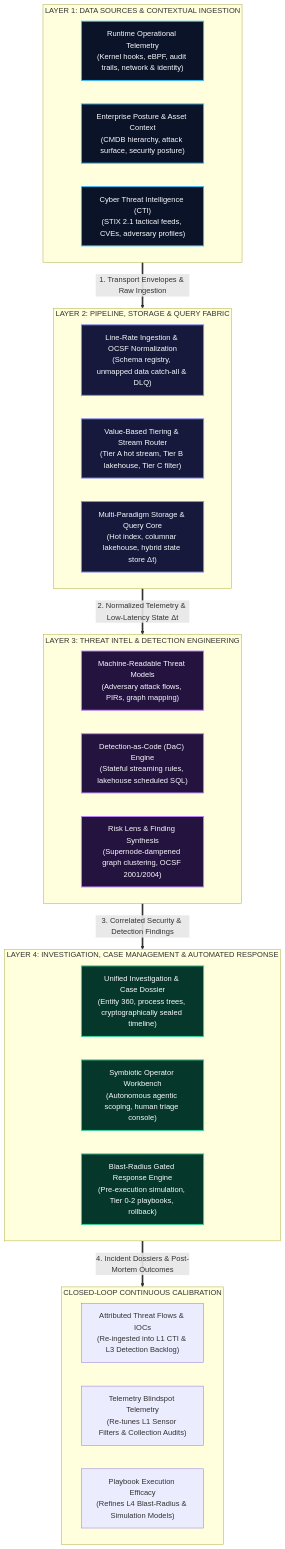
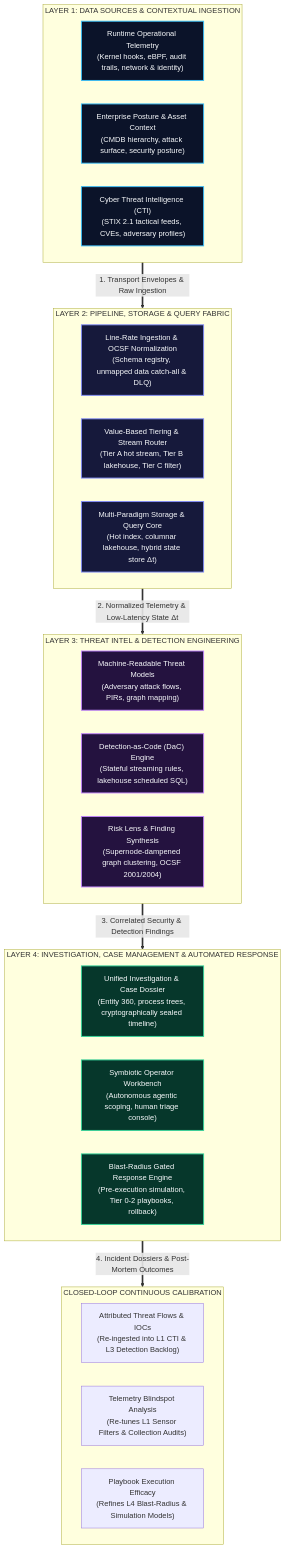
Before and after one commit to Haribu/TIDIR: the diagram in docs/diagrams/tidir-target-architecture.mmd, drawn with Mermaid. The commit also changed 15 other files, not shown here.

```diff
--- a/docs/diagrams/tidir-target-architecture.mmd
+++ b/docs/diagrams/tidir-target-architecture.mmd
@@ -1,47 +1,47 @@
 flowchart TB
   %% Class Definitions for Visual Hierarchy & Styling
   classDef layer1 fill:#0b1329,stroke:#38bdf8,stroke-width:2px,color:#f8fafc;
   classDef layer2 fill:#16193b,stroke:#818cf8,stroke-width:2px,color:#f8fafc;
   classDef layer3 fill:#24123f,stroke:#c084fc,stroke-width:2px,color:#f8fafc;
   classDef layer4 fill:#06372b,stroke:#34d399,stroke-width:2px,color:#f8fafc;
 
   %% Layer 1: Data Sources & Environmental Inputs
   subgraph L1 ["LAYER 1: DATA SOURCES & CONTEXTUAL INGESTION"]
     L1_TELEM["Runtime Operational Telemetry\n(Kernel hooks, eBPF, audit trails, network & identity)"]:::layer1
     L1_CTX["Enterprise Posture & Asset Context\n(CMDB hierarchy, attack surface, security posture)"]:::layer1
     L1_CTI["Cyber Threat Intelligence (CTI)\n(STIX 2.1 tactical feeds, CVEs, adversary profiles)"]:::layer1
   end
 
   %% Layer 2: Pipeline, Storage & Query Fabric
   subgraph L2 ["LAYER 2: PIPELINE, STORAGE & QUERY FABRIC"]
     L2_INGEST["Line-Rate Ingestion & OCSF Normalization\n(Schema registry, unmapped data catch-all & DLQ)"]:::layer2
     L2_ROUTER["Value-Based Tiering & Stream Router\n(Tier A hot stream, Tier B lakehouse, Tier C filter)"]:::layer2
     L2_STORAGE["Multi-Paradigm Storage & Query Core\n(Hot index, columnar lakehouse, hybrid state store Δt)"]:::layer2
   end
 
   %% Layer 3: Threat Intelligence & Detection Engineering
   subgraph L3 ["LAYER 3: THREAT INTEL & DETECTION ENGINEERING"]
     L3_FLOW["Machine-Readable Threat Models\n(Adversary attack flows, PIRs, graph mapping)"]:::layer3
     L3_DAC["Detection-as-Code (DaC) Engine\n(Stateful streaming rules, lakehouse scheduled SQL)"]:::layer3
     L3_RISK["Risk Lens & Finding Synthesis\n(Supernode-dampened graph clustering, OCSF 2001/2004)"]:::layer3
   end
 
   %% Layer 4: Incident Response & Automation
   subgraph L4 ["LAYER 4: INVESTIGATION, CASE MANAGEMENT & AUTOMATED RESPONSE"]
     L4_DOSSIER["Unified Investigation & Case Dossier\n(Entity 360, process trees, cryptographically sealed timeline)"]:::layer4
     L4_TRIAGE["Symbiotic Operator Workbench\n(Autonomous agentic scoping, human triage console)"]:::layer4
     L4_RESP["Blast-Radius Gated Response Engine\n(Pre-execution simulation, Tier 0-2 playbooks, rollback)"]:::layer4
   end
 
   %% Closed-Loop Architectural Feedback
   subgraph FB ["CLOSED-LOOP CONTINUOUS CALIBRATION"]
     FB_INTEL["Attributed Threat Flows & IOCs\n(Re-ingested into L1 CTI & L3 Detection Backlog)"]
-    FB_GAPS["Telemetry Blindspot Telemetry\n(Re-tunes L1 Sensor Filters & Collection Audits)"]
+    FB_GAPS["Telemetry Blindspot Analysis\n(Re-tunes L1 Sensor Filters & Collection Audits)"]
     FB_RESP["Playbook Execution Efficacy\n(Refines L4 Blast-Radius & Simulation Models)"]
   end
 
   %% Operational Progression (Strict Top-to-Bottom DAG)
   L1 ==>|1. Transport Envelopes & Raw Ingestion| L2
   L2 ==>|2. Normalized Telemetry & Low-Latency State Δt| L3
   L3 ==>|3. Correlated Security & Detection Findings| L4
   L4 ==>|4. Incident Dossiers & Post-Mortem Outcomes| FB
```
